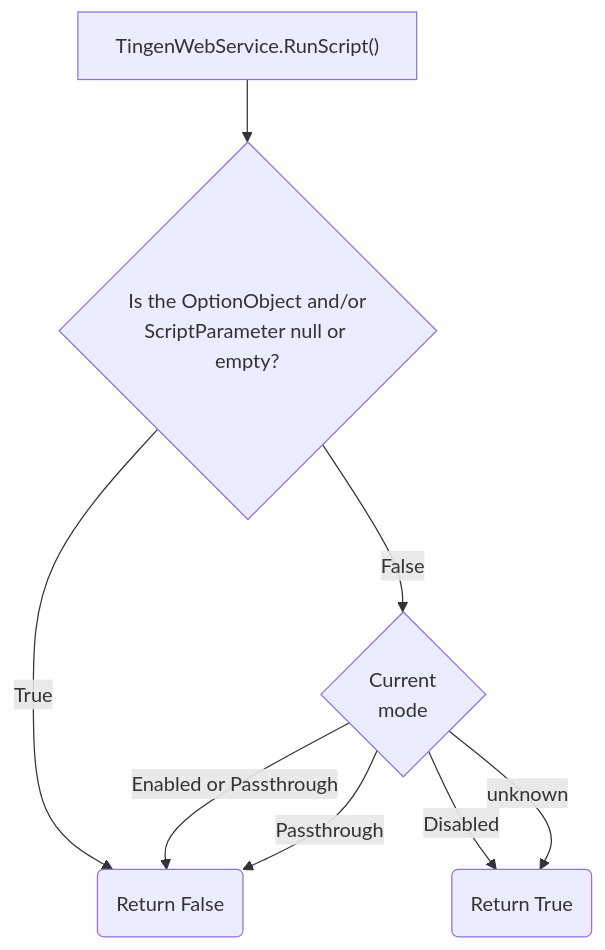
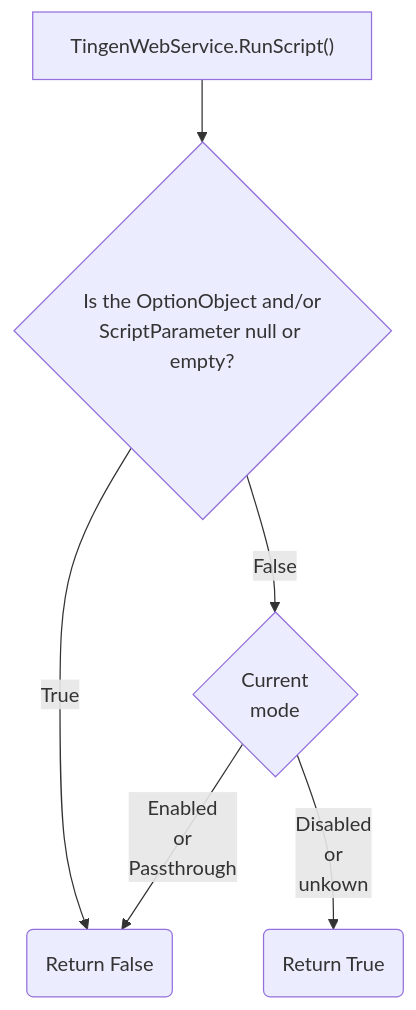
Before and after one commit to spectrum-health-systems/tingen-documentation: the first of 2 diagrams in static/workflow/tngnwsvc-asmx.md, drawn with Mermaid.

````diff
--- a/static/workflow/tngnwsvc-asmx.md
+++ b/static/workflow/tngnwsvc-asmx.md
@@ -5,18 +5,16 @@
 ```mermaid
 flowchart TB
     %% Components
     RunScript@{shape: rect, label: "TingenWebService.RunScript()"}
     MissingData@{shape: diam, label: "Is the OptionObject and/or\nScriptParameter null or empty?"}
     CurrentMode@{shape: diam, label: "Current\nmode"}
     ReturnTrue@{shape: rounded, label: "Return True"}
     ReturnFalse@{shape: rounded, label: "Return False"}
     %% Layout
     RunScript --> MissingData
     MissingData --True--> ReturnFalse
     MissingData --False--> CurrentMode
-    CurrentMode --Enabled or Passthrough--> ReturnFalse
-    CurrentMode --Passthrough--> ReturnFalse
-    CurrentMode --Disabled--> ReturnTrue
-    CurrentMode --unknown--> ReturnTrue
+    CurrentMode --Enabled\nor\nPassthrough--> ReturnFalse
+    CurrentMode --Disabled\nor\nunkown--> ReturnTrue
     %% Styles
 ```
````
